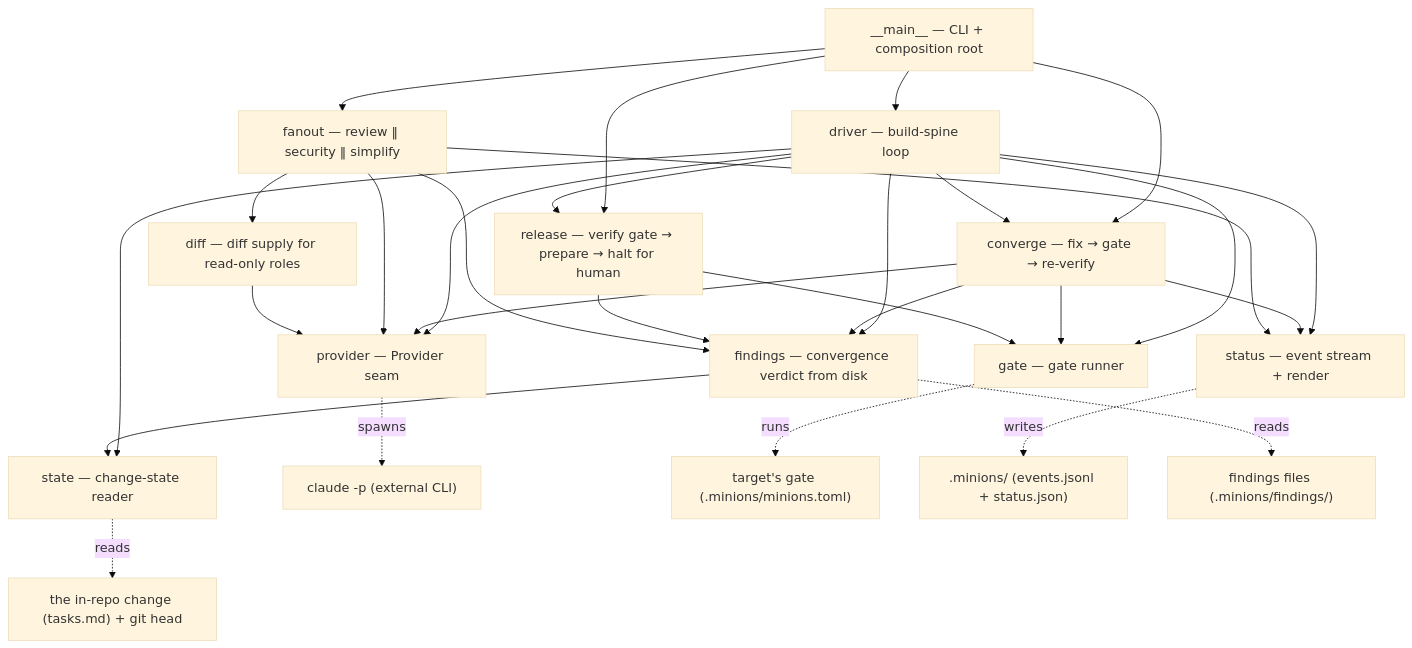
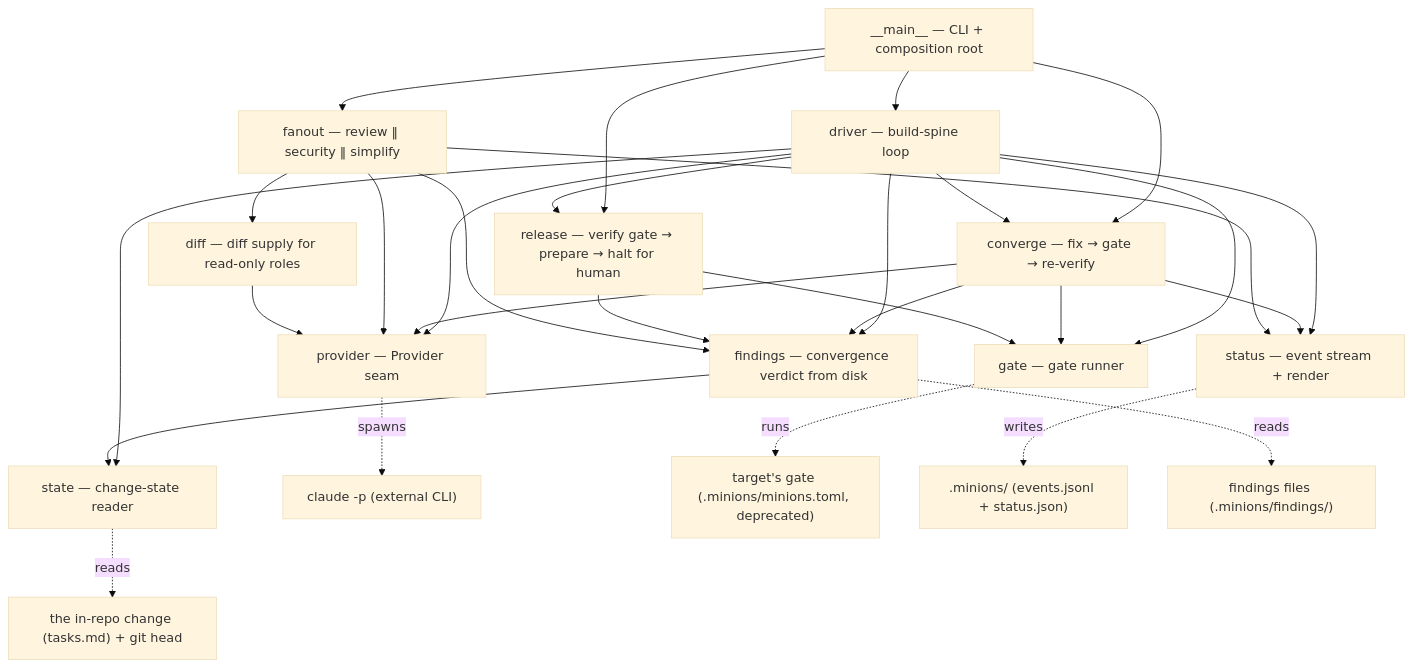
The diagram in docs/architecture.md (alxb1t/minionsfactory), drawn with Mermaid (base theme) before and after one commit. The commit also changed other lines of this file and 13 other files, not shown here.

````diff
--- a/docs/architecture.md
+++ b/docs/architecture.md
@@ -42,44 +42,44 @@
 ```mermaid
 graph TD
     main["__main__ — CLI + composition root"]
     driver["driver — build-spine loop"]
     converge["converge — fix → gate → re-verify"]
     release["release — verify gate → prepare → halt for human"]
     fanout["fanout — review ‖ security ‖ simplify"]
     diff["diff — diff supply for read-only roles"]
     findings["findings — convergence verdict from disk"]
     state["state — change-state reader"]
     gate["gate — gate runner"]
     provider["provider — Provider seam"]
     status["status — event stream + render"]
 
     main --> driver
     main --> converge
     main --> fanout
     main --> release
     driver --> converge
     driver --> release
     driver --> gate
     driver --> provider
     driver --> state
     driver --> status
     driver --> findings
     converge --> provider
     converge --> gate
     converge --> findings
     converge --> status
     release --> gate
     release --> findings
     fanout --> diff
     fanout --> findings
     fanout --> provider
     fanout --> status
     diff --> provider
     findings --> state
 
     provider -. spawns .-> claude["claude -p (external CLI)"]
-    gate -. runs .-> targetgate["target's gate (.minions/minions.toml)"]
+    gate -. runs .-> targetgate["target's gate (.minions/minions.toml, deprecated)"]
     state -. reads .-> disk["the in-repo change (tasks.md) + git head"]
     status -. writes .-> minions[".minions/ (events.jsonl + status.json)"]
     findings -. reads .-> ff["findings files (.minions/findings/)"]
 ```
````
